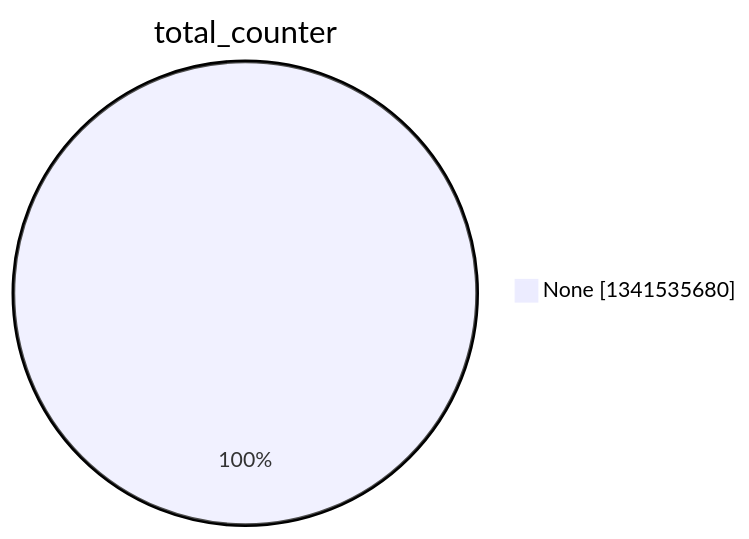
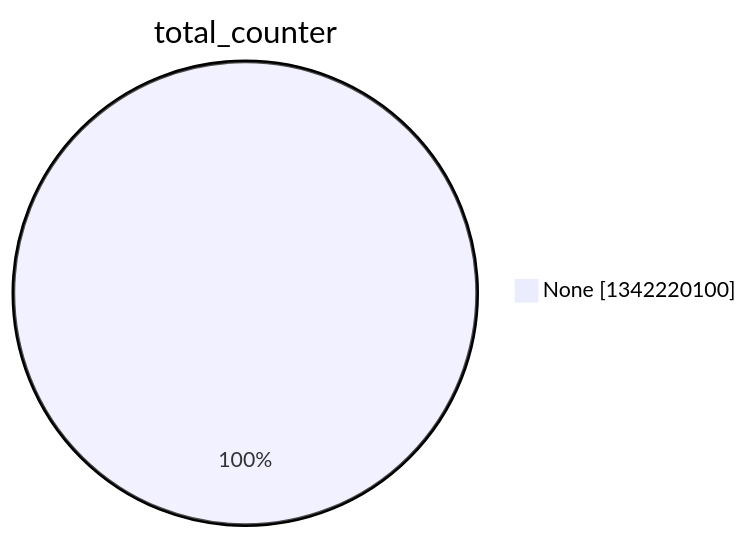
The second of 15 diagrams in argon2022/README.md (christiankrug/ctmonitor_visualization), drawn with Mermaid before and after one commit. The commit also changed other lines of this file, not shown here.

````diff
--- a/argon2022/README.md
+++ b/argon2022/README.md
@@ -9,5 +9,5 @@
 ```mermaid
 pie showData
 title total_counter
-"None" :1341535680
+"None" :1342220100
 ```
````
